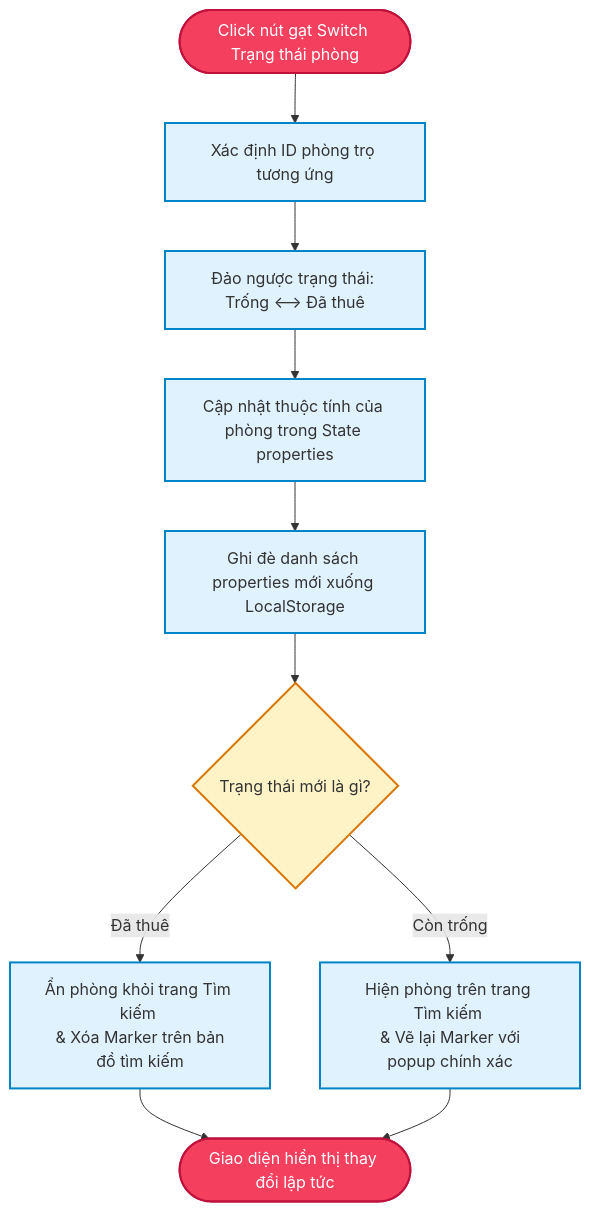
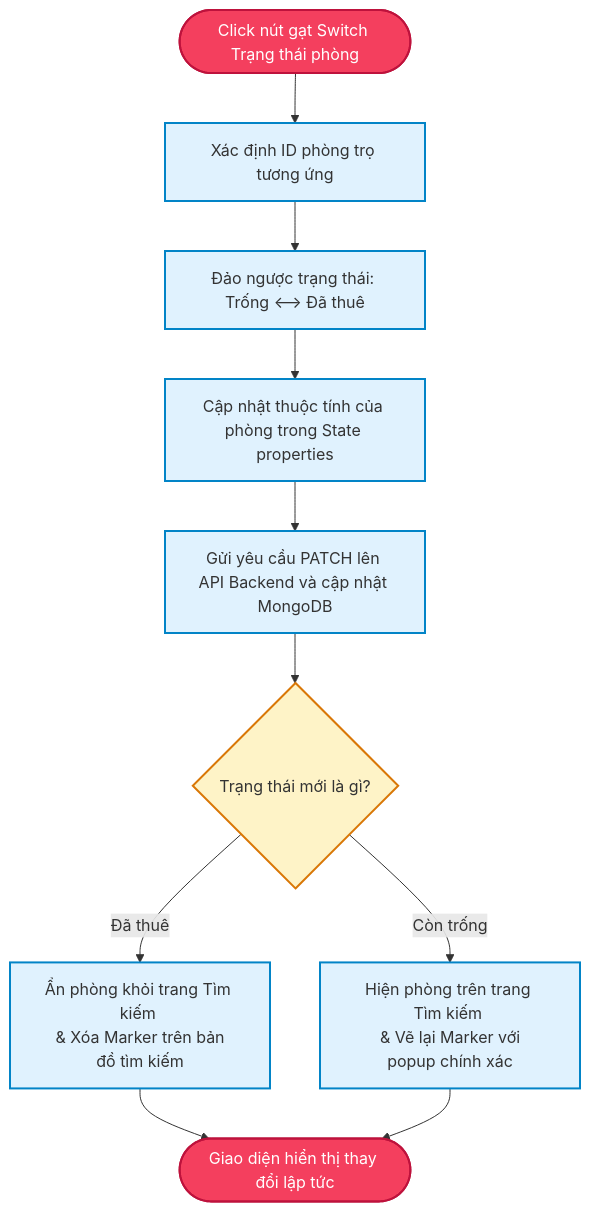
Before and after one commit to Spotlighterr/TNCB: the third of 5 diagrams in project_algorithms.md, drawn with Mermaid. The commit also changed other lines of this file and 3 other files, not shown here.

Commit message:
docs: update system architecture, algorithms, README, and deployment guide to document Google Sheets Sync and MongoDB integration

````diff
--- a/project_algorithms.md
+++ b/project_algorithms.md
@@ -106,31 +106,31 @@
 ```mermaid
 flowchart TD
     %% Styling
     classDef startEnd fill:#f43f5e,stroke:#be123c,stroke-width:2px,color:#fff;
     classDef process fill:#e0f2fe,stroke:#0284c7,stroke-width:2px;
     classDef decision fill:#fef3c7,stroke:#d97706,stroke-width:2px;
 
     %% Nodes
     Start([Click nút gạt Switch Trạng thái phòng]):::startEnd
     GetProp[Xác định ID phòng trọ tương ứng]:::process
     ToggleStatus[Đảo ngược trạng thái: Trống <--> Đã thuê]:::process
     UpdateContext[Cập nhật thuộc tính của phòng trong State properties]:::process
-    WriteLocalStorage[Ghi đè danh sách properties mới xuống LocalStorage]:::process
+    WriteDB[Gửi yêu cầu PATCH lên API Backend và cập nhật MongoDB]:::process
     
     CheckStatus{Trạng thái mới là gì?}:::decision
     HideMap[Ẩn phòng khỏi trang Tìm kiếm <br> & Xóa Marker trên bản đồ tìm kiếm]:::process
     ShowMap[Hiện phòng trên trang Tìm kiếm <br> & Vẽ lại Marker với popup chính xác]:::process
     
     End([Giao diện hiển thị thay đổi lập tức]):::startEnd
 
     %% Connections
     Start --> GetProp
     GetProp --> ToggleStatus
     ToggleStatus --> UpdateContext
-    UpdateContext --> WriteLocalStorage
-    WriteLocalStorage --> CheckStatus
+    UpdateContext --> WriteDB
+    WriteDB --> CheckStatus
     CheckStatus -->|Đã thuê| HideMap
     CheckStatus -->|Còn trống| ShowMap
     HideMap --> End
     ShowMap --> End
 ```
````
